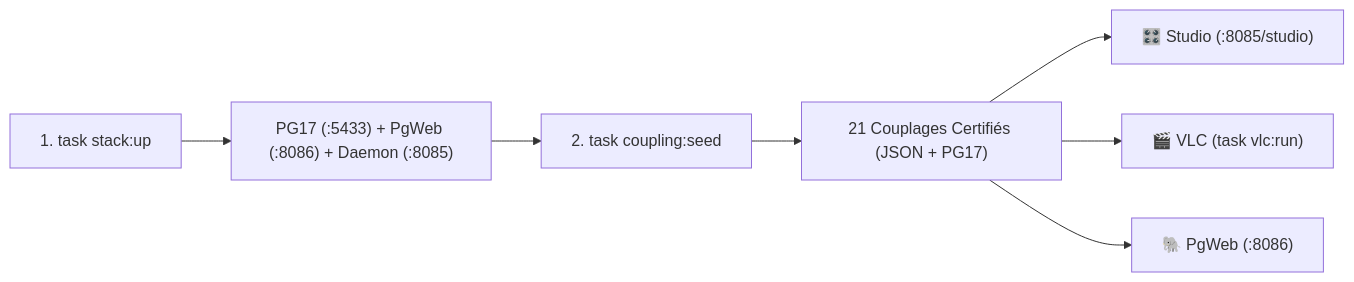
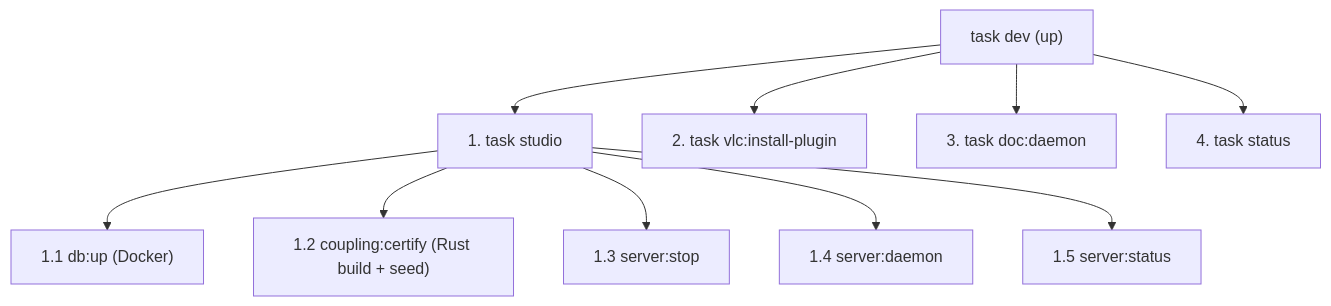
Before and after one commit to yoyonel/pydbsrt: the diagram in docs/quickstart-and-reference.md, drawn with Mermaid. The commit also changed other lines of this file and 2 other files, not shown here.

Commit message:
docs(observability): document turnkey Prometheus and Grafana stack, dashboards suite and extension guide

````diff
--- a/docs/quickstart-and-reference.md
+++ b/docs/quickstart-and-reference.md
@@ -21,9 +23,13 @@
 ```mermaid
-flowchart LR
-    A["1. task stack:up"] --> B["PG17 (:5433) + PgWeb (:8086) + Daemon (:8085)"]
-    B --> C["2. task coupling:seed"]
-    C --> D["21 Couplages Certifiés (JSON + PG17)"]
-    D --> E["🎛️ Studio (:8085/studio)"]
-    D --> F["🎬 VLC (task vlc:run)"]
-    D --> G["🐘 PgWeb (:8086)"]
+flowchart TD
+    dev["task dev (up)"] --> studio["1. task studio"]
+    dev --> vlc["2. task vlc:install-plugin"]
+    dev --> doc["3. task doc:daemon"]
+    dev --> status["4. task status"]
+
+    studio --> db_up["1.1 db:up (Docker)"]
+    studio --> certify["1.2 coupling:certify (Rust build + seed)"]
+    studio --> srv_stop["1.3 server:stop"]
+    studio --> srv_start["1.4 server:daemon"]
+    studio --> srv_status["1.5 server:status"]
 ```
````
